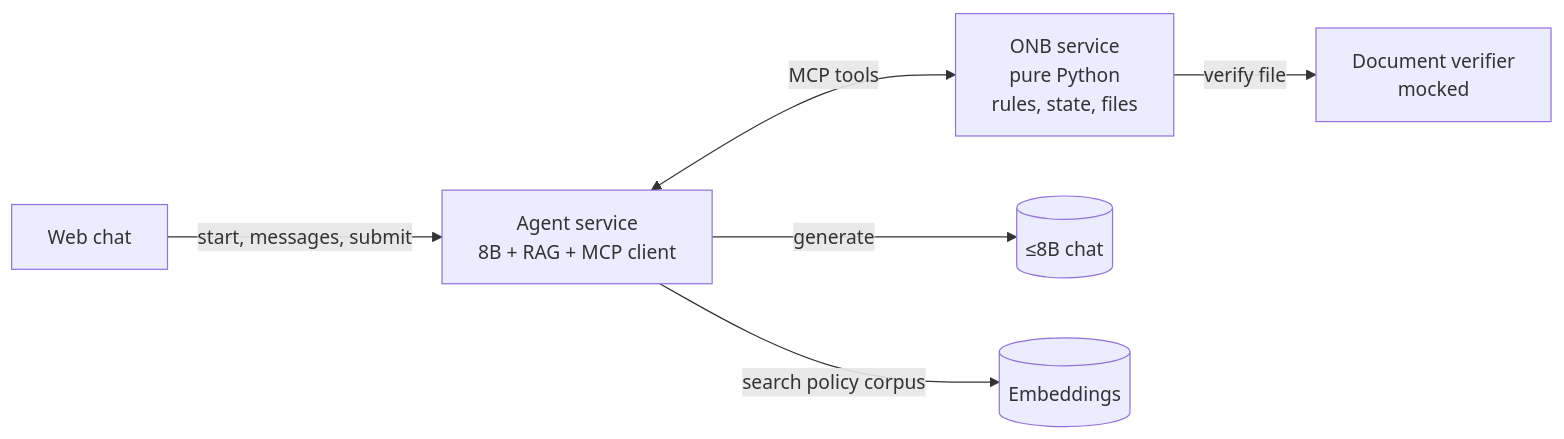
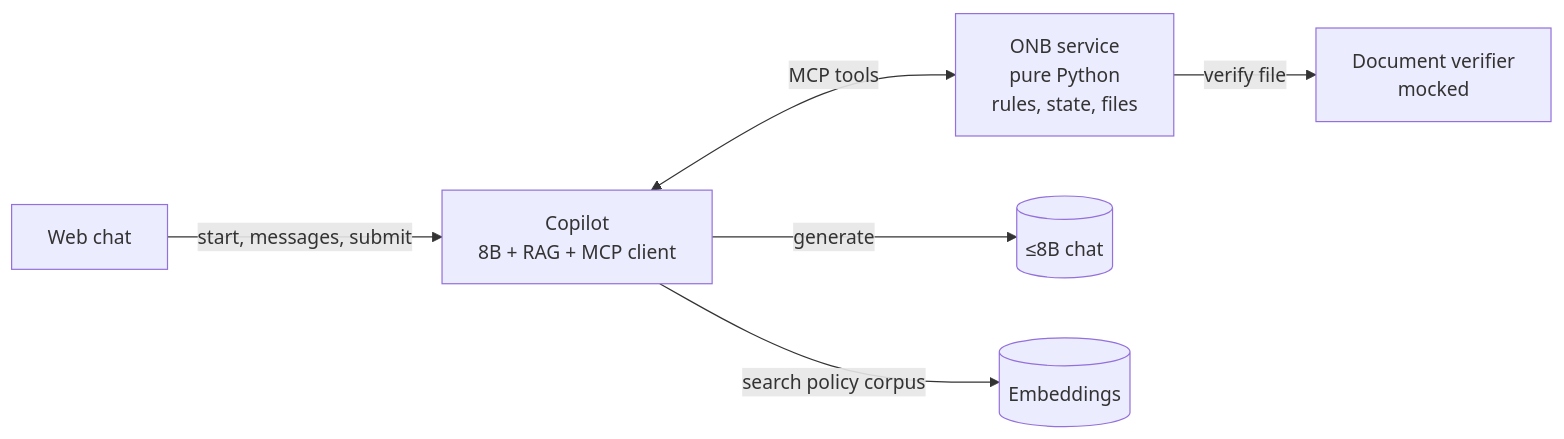
The diagram in README.md (Capstone-iPe/analysis), drawn with Mermaid before and after one commit. The commit also changed other lines of this file and 1 other file, not shown here.

Commit message:
Call the AI service the copilot in the README and the architecture note.

````diff
--- a/README.md
+++ b/README.md
@@ -22,15 +22,15 @@
 ```mermaid
 flowchart LR
   FE[Web chat]
-  A[Agent service<br/>8B + RAG + MCP client]
+  A[Copilot<br/>8B + RAG + MCP client]
   ONB[ONB service<br/>pure Python<br/>rules, state, files]
   DV[Document verifier<br/>mocked]
   M[(≤8B chat)]
   E[(Embeddings)]
 
   FE -->|start, messages, submit| A
   A -->|generate| M
   A -->|search policy corpus| E
   A <-->|MCP tools| ONB
   ONB -->|verify file| DV
 ```
````
